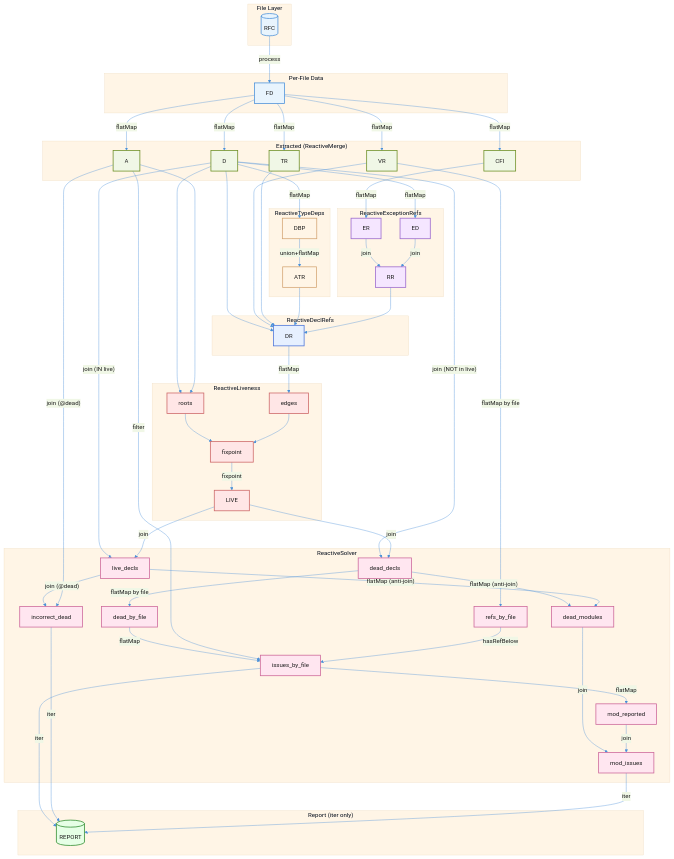
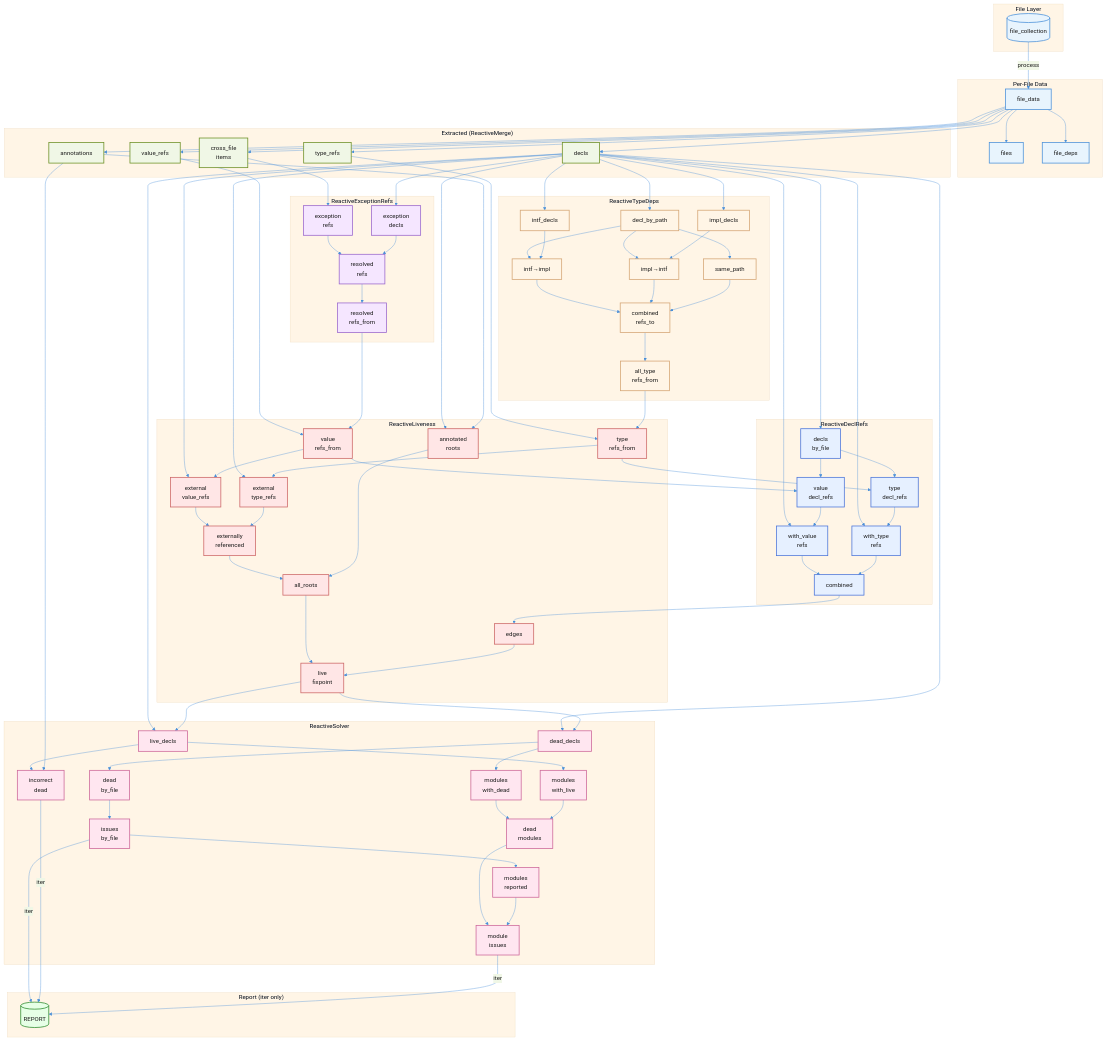
One commit to rescript-lang/rescript changed the diagram in analysis/reanalyze/diagrams/reactive-pipeline.mmd. Above: the diagram before and after it, drawn with Mermaid. The commit also changed 3 other files, not shown here.

First line of the commit message:
Add -mermaid flag and update reactive pipeline diagram

```diff
--- a/analysis/reanalyze/diagrams/reactive-pipeline.mmd
+++ b/analysis/reanalyze/diagrams/reactive-pipeline.mmd
@@ -1,128 +1,192 @@
 %%{init: {'theme': 'base', 'themeVariables': { 'primaryColor': '#e8f4fd', 'primaryTextColor': '#1a1a1a', 'primaryBorderColor': '#4a90d9', 'lineColor': '#4a90d9', 'secondaryColor': '#f0f7e6', 'tertiaryColor': '#fff5e6'}}}%%
 flowchart TB
     subgraph FileLayer["File Layer"]
-        RFC[("RFC")]
+        file_collection[("file_collection")]
     end
 
     subgraph FileData["Per-File Data"]
-        FD["FD"]
+        file_data[file_data]
+        files[files]
+        file_deps[file_deps]
     end
 
     subgraph Extracted["Extracted (ReactiveMerge)"]
-        DECLS["D"]
-        ANNOT["A"]
-        VREFS["VR"]
-        TREFS["TR"]
-        CFI["CFI"]
+        decls[decls]
+        annotations[annotations]
+        value_refs[value_refs]
+        type_refs[type_refs]
+        cross_file[cross_file<br/>items]
     end
 
     subgraph TypeDeps["ReactiveTypeDeps"]
-        DBP["DBP"]
-        ATR["ATR"]
+        decl_by_path[decl_by_path]
+        intf_decls[intf_decls]
+        impl_decls[impl_decls]
+        intf_to_impl[intf→impl]
+        impl_to_intf[impl→intf]
+        same_path[same_path]
+        combined_refs[combined<br/>refs_to]
+        all_type_refs[all_type<br/>refs_from]
     end
 
-    subgraph ExcDeps["ReactiveExceptionRefs"]
-        EXCREF["ER"]
-        EXCDECL["ED"]
-        RESOLVED["RR"]
+    subgraph ExcRefs["ReactiveExceptionRefs"]
+        exc_collection[exception<br/>refs]
+        exc_decls[exception<br/>decls]
+        resolved_refs[resolved<br/>refs]
+        resolved_from[resolved<br/>refs_from]
     end
 
     subgraph DeclRefs["ReactiveDeclRefs"]
-        DR["DR"]
+        decls_by_file[decls<br/>by_file]
+        value_decl_refs[value<br/>decl_refs]
+        type_decl_refs[type<br/>decl_refs]
+        with_value[with_value<br/>refs]
+        with_type[with_type<br/>refs]
+        combined[combined]
     end
 
     subgraph Liveness["ReactiveLiveness"]
-        ROOTS["roots"]
-        EDGES["edges"]
-        FP["fixpoint"]
-        LIVE["LIVE"]
+        value_refs_from[value<br/>refs_from]
+        type_refs_from[type<br/>refs_from]
+        ext_value_refs[external<br/>value_refs]
+        ext_type_refs[external<br/>type_refs]
+        ext_referenced[externally<br/>referenced]
+        annotated_roots[annotated<br/>roots]
+        all_roots[all_roots]
+        edges[edges]
+        live[live<br/>fixpoint]
     end
 
     subgraph Solver["ReactiveSolver"]
-        DEAD_DECLS["dead_decls"]
-        LIVE_DECLS["live_decls"]
-        DEAD_MODULES["dead_modules"]
-        DEAD_BY_FILE["dead_by_file"]
-        REFS_BY_FILE["refs_by_file"]
-        ISSUES_BY_FILE["issues_by_file"]
-        INCORRECT["incorrect_dead"]
-        MOD_REPORTED["mod_reported"]
-        MOD_ISSUES["mod_issues"]
+        dead_decls[dead_decls]
+        live_decls[live_decls]
+        modules_dead[modules<br/>with_dead]
+        modules_live[modules<br/>with_live]
+        dead_modules[dead<br/>modules]
+        dead_by_file[dead<br/>by_file]
+        issues_by_file[issues<br/>by_file]
+        incorrect_dead[incorrect<br/>dead]
+        modules_reported[modules<br/>reported]
+        module_issues[module<br/>issues]
     end
 
     subgraph Report["Report (iter only)"]
         OUTPUT[("REPORT")]
     end
 
-    RFC -->|"process"| FD
-    FD -->|"flatMap"| DECLS
-    FD -->|"flatMap"| ANNOT
-    FD -->|"flatMap"| VREFS
-    FD -->|"flatMap"| TREFS
-    FD -->|"flatMap"| CFI
+    %% File Layer
+    file_collection -->|process| file_data
+    file_data --> files
+    file_data --> file_deps
+    file_data --> decls
+    file_data --> annotations
+    file_data --> value_refs
+    file_data --> type_refs
+    file_data --> cross_file
 
-    DECLS -->|"flatMap"| DBP
-    DBP -->|"union+flatMap"| ATR
+    %% TypeDeps
+    decls --> decl_by_path
+    decls --> intf_decls
+    decls --> impl_decls
+    decl_by_path --> intf_to_impl
+    decl_by_path --> impl_to_intf
+    decl_by_path --> same_path
+    intf_decls --> intf_to_impl
+    impl_decls --> impl_to_intf
+    intf_to_impl --> combined_refs
+    impl_to_intf --> combined_refs
+    same_path --> combined_refs
+    combined_refs --> all_type_refs
 
-    CFI -->|"flatMap"| EXCREF
-    DECLS -->|"flatMap"| EXCDECL
-    EXCREF -->|"join"| RESOLVED
-    EXCDECL -->|"join"| RESOLVED
+    %% ExceptionRefs
+    cross_file --> exc_collection
+    decls --> exc_decls
+    exc_collection --> resolved_refs
+    exc_decls --> resolved_refs
+    resolved_refs --> resolved_from
 
-    DECLS --> DR
-    VREFS --> DR
-    TREFS --> DR
-    ATR --> DR
-    RESOLVED --> DR
+    %% DeclRefs
+    decls --> decls_by_file
+    decls --> with_value
+    decls --> with_type
+    decls_by_file --> value_decl_refs
+    decls_by_file --> type_decl_refs
+    value_decl_refs --> with_value
+    type_decl_refs --> with_type
+    with_value --> combined
+    with_type --> combined
 
-    DECLS --> ROOTS
-    ANNOT --> ROOTS
+    %% Liveness inputs
+    value_refs --> value_refs_from
+    type_refs --> type_refs_from
+    all_type_refs --> type_refs_from
+    resolved_from --> value_refs_from
 
-    DR -->|"flatMap"| EDGES
-    ROOTS --> FP
-    EDGES --> FP
-    FP -->|"fixpoint"| LIVE
+    %% Liveness external refs
+    decls --> ext_value_refs
+    decls --> ext_type_refs
+    value_refs_from --> ext_value_refs
+    type_refs_from --> ext_type_refs
+    value_refs_from --> value_decl_refs
+    type_refs_from --> type_decl_refs
+    ext_value_refs --> ext_referenced
+    ext_type_refs --> ext_referenced
 
-    DECLS -->|"join (NOT in live)"| DEAD_DECLS
-    LIVE -->|"join"| DEAD_DECLS
-    DECLS -->|"join (IN live)"| LIVE_DECLS
-    LIVE -->|"join"| LIVE_DECLS
+    %% Liveness roots
+    decls --> annotated_roots
+    annotations --> annotated_roots
+    ext_referenced --> all_roots
+    annotated_roots --> all_roots
 
-    DEAD_DECLS -->|"flatMap (anti-join)"| DEAD_MODULES
-    LIVE_DECLS -->|"flatMap (anti-join)"| DEAD_MODULES
+    %% Liveness fixpoint
+    combined --> edges
+    all_roots --> live
+    edges --> live
 
-    DEAD_DECLS -->|"flatMap by file"| DEAD_BY_FILE
-    VREFS -->|"flatMap by file"| REFS_BY_FILE
+    %% Solver partition
+    decls --> dead_decls
+    decls --> live_decls
+    live --> dead_decls
+    live --> live_decls
 
-    DEAD_BY_FILE -->|"flatMap"| ISSUES_BY_FILE
-    ANNOT -->|"filter"| ISSUES_BY_FILE
-    REFS_BY_FILE -->|"hasRefBelow"| ISSUES_BY_FILE
+    %% Solver modules
+    dead_decls --> modules_dead
+    live_decls --> modules_live
+    modules_dead --> dead_modules
+    modules_live --> dead_modules
 
-    LIVE_DECLS -->|"join (@dead)"| INCORRECT
-    ANNOT -->|"join (@dead)"| INCORRECT
+    %% Solver issues
+    dead_decls --> dead_by_file
+    dead_by_file --> issues_by_file
 
-    ISSUES_BY_FILE -->|"flatMap"| MOD_REPORTED
-    DEAD_MODULES -->|"join"| MOD_ISSUES
-    MOD_REPORTED -->|"join"| MOD_ISSUES
+    %% Solver incorrect @dead
+    live_decls --> incorrect_dead
+    annotations --> incorrect_dead
 
-    ISSUES_BY_FILE -->|"iter"| OUTPUT
-    INCORRECT -->|"iter"| OUTPUT
-    MOD_ISSUES -->|"iter"| OUTPUT
+    %% Solver module issues
+    issues_by_file --> modules_reported
+    dead_modules --> module_issues
+    modules_reported --> module_issues
+
+    %% Output
+    issues_by_file -->|iter| OUTPUT
+    incorrect_dead -->|iter| OUTPUT
+    module_issues -->|iter| OUTPUT
 
     classDef fileLayer fill:#e8f4fd,stroke:#4a90d9,stroke-width:2px
     classDef extracted fill:#f0f7e6,stroke:#6b8e23,stroke-width:2px
     classDef typeDeps fill:#fff5e6,stroke:#d4a574,stroke-width:2px
     classDef excDeps fill:#f5e6ff,stroke:#9966cc,stroke-width:2px
     classDef declRefs fill:#e6f0ff,stroke:#4a74d9,stroke-width:2px
     classDef liveness fill:#ffe6e6,stroke:#cc6666,stroke-width:2px
     classDef solver fill:#ffe6f0,stroke:#cc6699,stroke-width:2px
     classDef output fill:#e6ffe6,stroke:#2e8b2e,stroke-width:2px
 
-    class RFC,FD fileLayer
-    class DECLS,ANNOT,VREFS,TREFS,CFI extracted
-    class DBP,ATR typeDeps
-    class EXCREF,EXCDECL,RESOLVED excDeps
-    class DR declRefs
-    class ROOTS,EDGES,FP,LIVE liveness
-    class DEAD_DECLS,LIVE_DECLS,DEAD_MODULES,DEAD_BY_FILE,REFS_BY_FILE,ISSUES_BY_FILE,INCORRECT,MOD_REPORTED,MOD_ISSUES solver
+    class file_collection,file_data,files,file_deps fileLayer
+    class decls,annotations,value_refs,type_refs,cross_file extracted
+    class decl_by_path,intf_decls,impl_decls,intf_to_impl,impl_to_intf,same_path,combined_refs,all_type_refs typeDeps
+    class exc_collection,exc_decls,resolved_refs,resolved_from excDeps
+    class decls_by_file,value_decl_refs,type_decl_refs,with_value,with_type,combined declRefs
+    class value_refs_from,type_refs_from,ext_value_refs,ext_type_refs,ext_referenced,annotated_roots,all_roots,edges,live liveness
+    class dead_decls,live_decls,modules_dead,modules_live,dead_modules,dead_by_file,issues_by_file,incorrect_dead,modules_reported,module_issues solver
     class OUTPUT output
```
